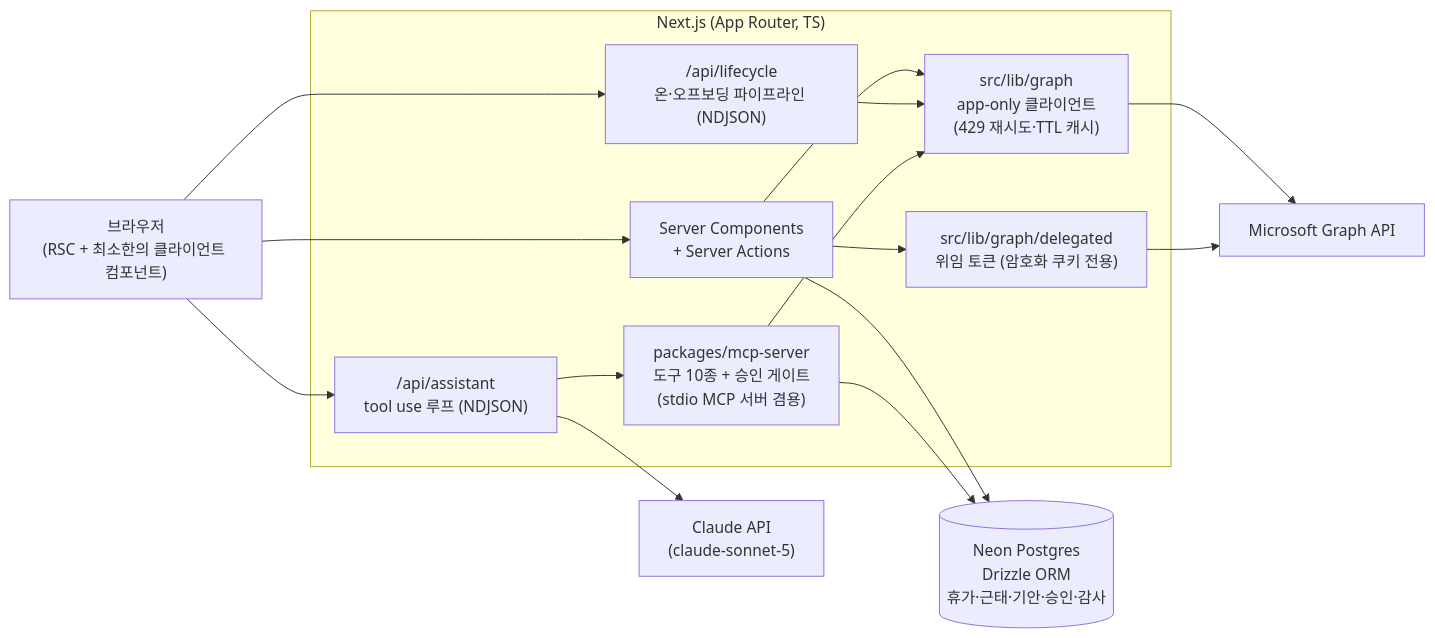
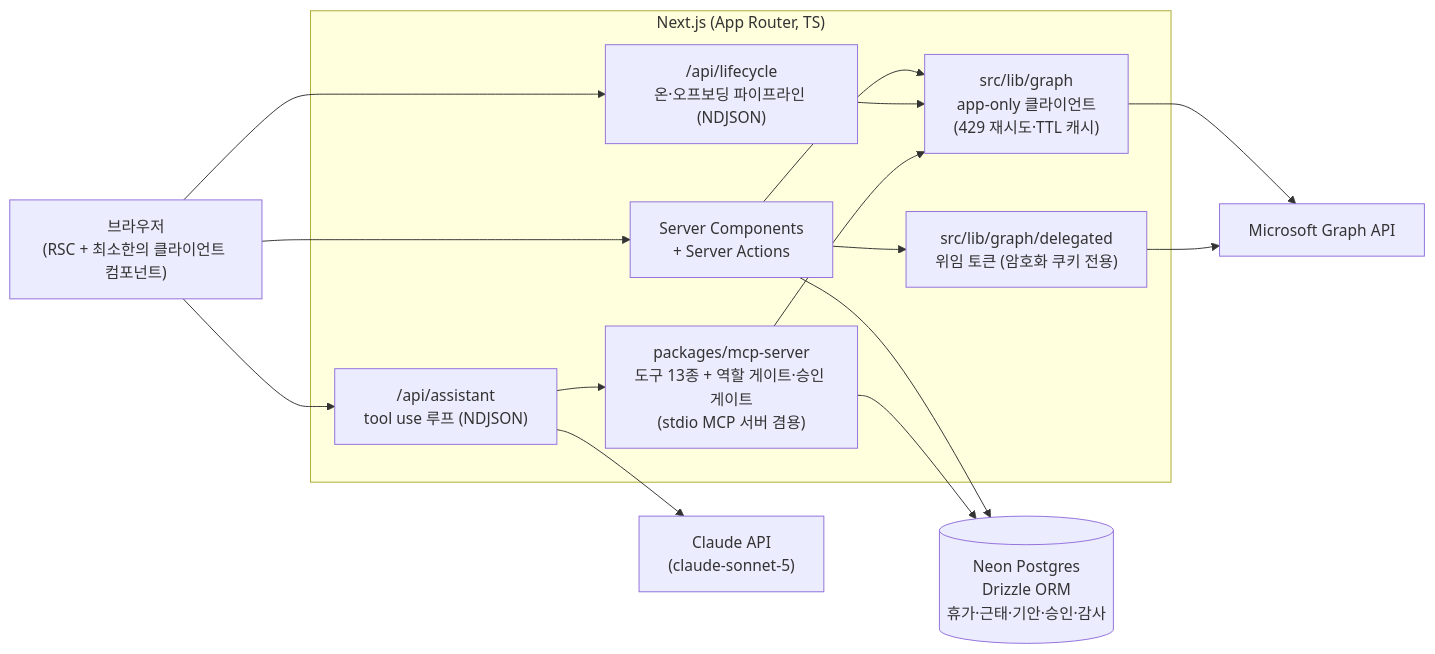
One commit to kws0109/workhub365 changed the first of 2 diagrams in README.md. Above: the diagram before and after it, drawn with Mermaid. The commit also changed other lines of this file and 17 other files, not shown here.

````diff
--- a/README.md
+++ b/README.md
@@ -35,31 +45,31 @@
 ```mermaid
 flowchart LR
     B["브라우저<br/>(RSC + 최소한의 클라이언트 컴포넌트)"]
 
     subgraph N["Next.js (App Router, TS)"]
         P["Server Components<br/>+ Server Actions"]
         A["/api/assistant<br/>tool use 루프 (NDJSON)"]
         L["/api/lifecycle<br/>온·오프보딩 파이프라인 (NDJSON)"]
-        M["packages/mcp-server<br/>도구 10종 + 승인 게이트<br/>(stdio MCP 서버 겸용)"]
+        M["packages/mcp-server<br/>도구 13종 + 역할 게이트·승인 게이트<br/>(stdio MCP 서버 겸용)"]
         G["src/lib/graph<br/>app-only 클라이언트<br/>(429 재시도·TTL 캐시)"]
         D["src/lib/graph/delegated<br/>위임 토큰 (암호화 쿠키 전용)"]
     end
 
     DB[("Neon Postgres<br/>Drizzle ORM<br/>휴가·근태·기안·승인·감사")]
     MS["Microsoft Graph API"]
     CL["Claude API<br/>(claude-sonnet-5)"]
 
     B --> P
     B --> A
     B --> L
     P --> DB
     P --> G
     P --> D
     A --> CL
     A --> M
     L --> G
     M --> G
     M --> DB
     G --> MS
     D --> MS
 ```
````
